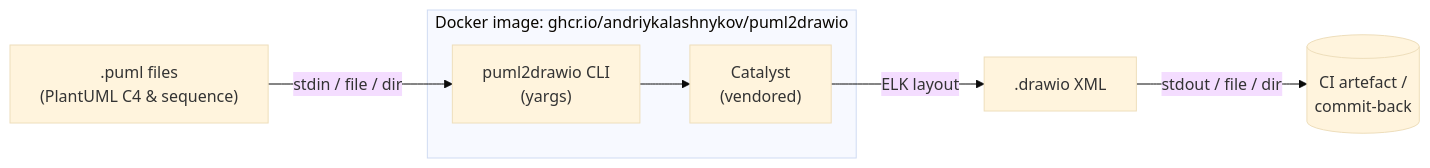
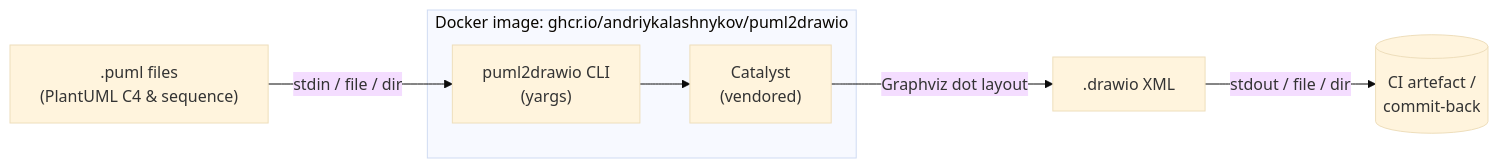
One commit to AndriyKalashnykov/puml2drawio changed the diagram in README.md. Above: the diagram before and after it, drawn with Mermaid (base theme). The commit also changed other lines of this file, not shown here.

First line of the commit message:
docs(readme): de-stale catalyst-2.0 facts (dot layout; C4_Sequence supported)

````diff
--- a/README.md
+++ b/README.md
@@ -10,12 +10,12 @@
 ```mermaid
 flowchart LR
   puml[".puml files<br/>(PlantUML C4 & sequence)"] -->|stdin / file / dir| cli["puml2drawio CLI<br/>(yargs)"]
   cli --> conv["Catalyst<br/>(vendored)"]
-  conv -->|ELK layout| drawio[".drawio XML"]
+  conv -->|Graphviz dot layout| drawio[".drawio XML"]
   drawio -->|stdout / file / dir| out[("CI artefact /<br/>commit-back")]
 
   subgraph "Docker image: ghcr.io/andriykalashnykov/puml2drawio"
     cli
     conv
   end
 ```
````
